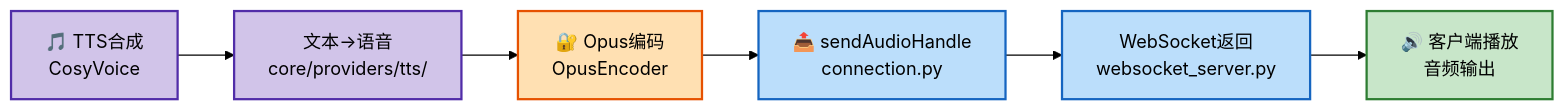
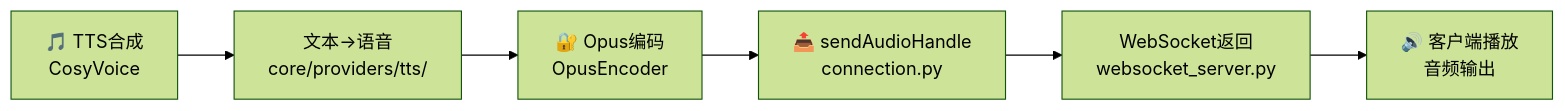
One commit to jihengzhang/xiaozhi-esp32-server changed diagram 13 of 41 in 设计说明.md. Above: the diagram before and after it, drawn with Mermaid (forest theme). The commit also changed other lines of this file and 37 other files, not shown here.

````diff
--- a/设计说明.md
+++ b/设计说明.md
@@ -1747,18 +2396,12 @@
 ```mermaid
 graph LR
     G1["🎵 TTS合成<br/>CosyVoice"]
     G2["文本→语音<br/>core/providers/tts/"]
     H1["🔐 Opus编码<br/>OpusEncoder"]
     I1["📤 sendAudioHandle<br/>connection.py"]
     I2["WebSocket返回<br/>websocket_server.py"]
     J1["🔊 客户端播放<br/>音频输出"]
     
     G1 --> G2 --> H1 --> I1 --> I2 --> J1
     
-    style G1 fill:#d1c4e9,stroke:#512da8,stroke-width:2px,color:#000000
-    style G2 fill:#d1c4e9,stroke:#512da8,stroke-width:2px,color:#000000
-    style H1 fill:#ffe0b2,stroke:#e65100,stroke-width:2px,color:#000000
-    style I1 fill:#bbdefb,stroke:#1565c0,stroke-width:2px,color:#000000
-    style I2 fill:#bbdefb,stroke:#1565c0,stroke-width:2px,color:#000000
-    style J1 fill:#c8e6c9,stroke:#2e7d32,stroke-width:2px,color:#000000
 ```
````
